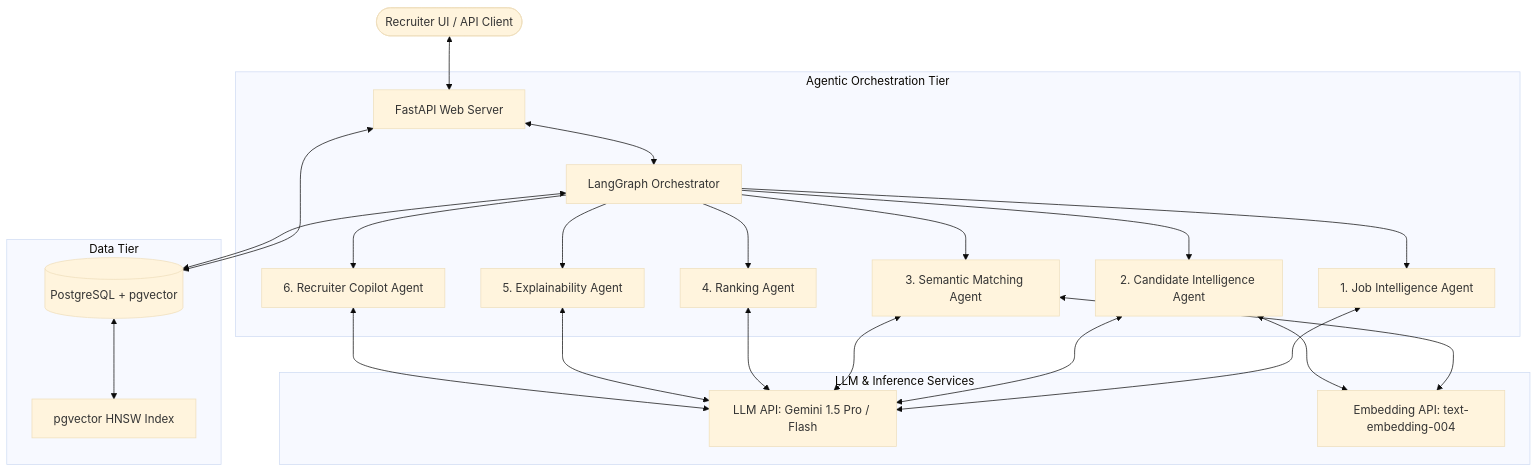
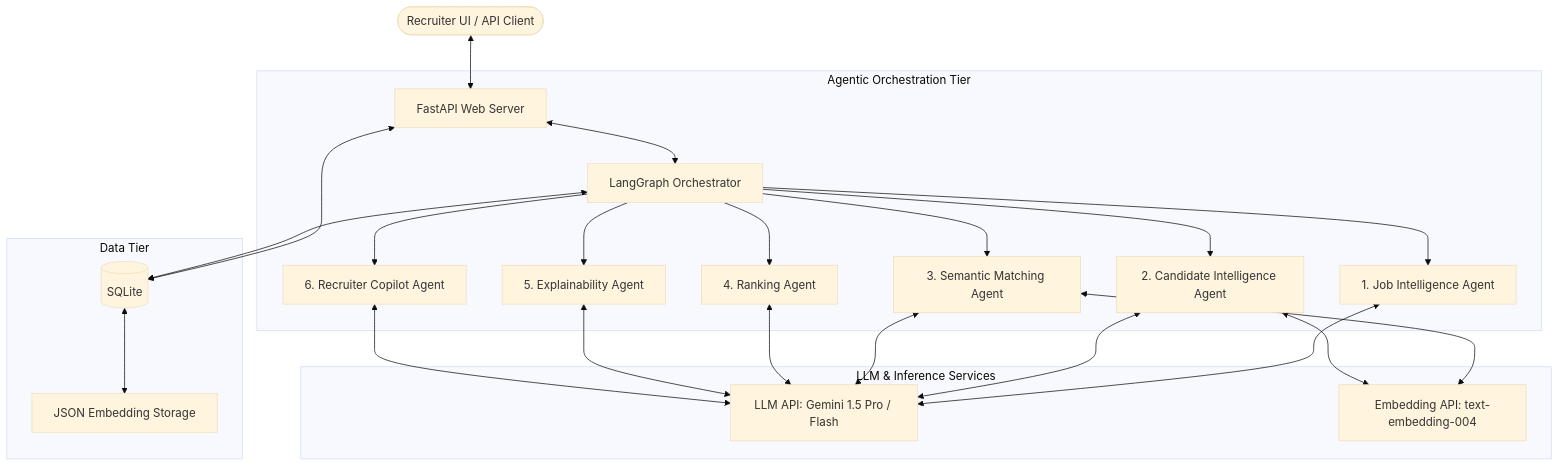
One commit to bsrikumar855-dot/H2S-Hackathon changed the first of 2 diagrams in docs/system_architecture.md. Above: the diagram before and after it, drawn with Mermaid (base theme). The commit also changed other lines of this file and 31 other files, not shown here.

````diff
--- a/docs/system_architecture.md
+++ b/docs/system_architecture.md
@@ -7,30 +7,30 @@
 ```mermaid
 graph TD
     User([Recruiter UI / API Client]) <--> Web[FastAPI Web Server]
     
     subgraph Agentic Orchestration Tier
         Web <--> Orchestrator[LangGraph Orchestrator]
         
         Orchestrator --> JIA[1. Job Intelligence Agent]
         Orchestrator --> CIA[2. Candidate Intelligence Agent]
         Orchestrator --> SMA[3. Semantic Matching Agent]
         Orchestrator --> RA[4. Ranking Agent]
         Orchestrator --> EA[5. Explainability Agent]
         Orchestrator --> RCA[6. Recruiter Copilot Agent]
     end
 
     subgraph Data Tier
-        DB[(PostgreSQL + pgvector)]
-        VectorSearch[pgvector HNSW Index]
+        DB[(SQLite)]
+        JSONStore[JSON Embedding Storage]
     end
 
     subgraph LLM & Inference Services
         LLM[LLM API: Gemini 1.5 Pro / Flash]
         Embed[Embedding API: text-embedding-004]
     end
 
     JIA & CIA & SMA & RA & EA & RCA <--> LLM
     SMA & CIA <--> Embed
     Web & Orchestrator <--> DB
-    DB <--> VectorSearch
+    DB <--> JSONStore
 ```
````
